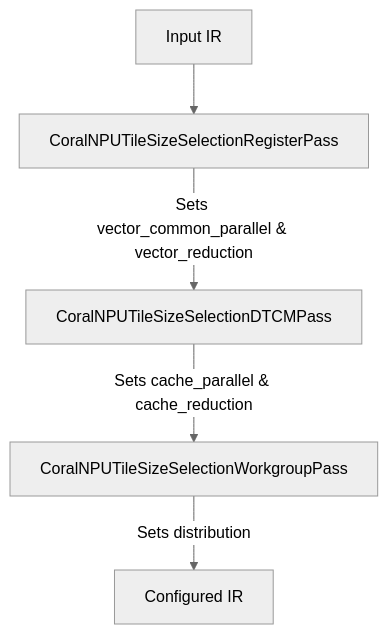
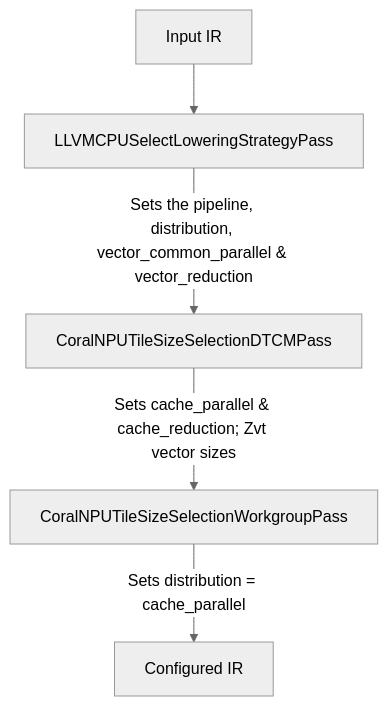
Before and after one commit to google-coral/coralnpu-compiler: the first of 2 diagrams in docs/design/tiling_levels_explained.md, drawn with Mermaid (neutral theme). The commit also changed other lines of this file and 31 other files, not shown here.

First line of the commit message:
[compiler] Tile-size selection after the IREE strategy, DTCM budget

````diff
--- a/docs/design/tiling_levels_explained.md
+++ b/docs/design/tiling_levels_explained.md
@@ -138,7 +141,7 @@
 ```mermaid
 graph TD
-    Input[Input IR] --> RegPass[CoralNPUTileSizeSelectionRegisterPass]
-    RegPass -->|Sets vector_common_parallel & vector_reduction| DTCMPass[CoralNPUTileSizeSelectionDTCMPass]
-    DTCMPass -->|Sets cache_parallel & cache_reduction| WGPass[CoralNPUTileSizeSelectionWorkgroupPass]
-    WGPass -->|Sets distribution| Output[Configured IR]
+    Input[Input IR] --> Strategy[LLVMCPUSelectLoweringStrategyPass]
+    Strategy -->|Sets the pipeline, distribution, vector_common_parallel & vector_reduction| DTCMPass[CoralNPUTileSizeSelectionDTCMPass]
+    DTCMPass -->|Sets cache_parallel & cache_reduction; Zvt vector sizes| WGPass[CoralNPUTileSizeSelectionWorkgroupPass]
+    WGPass -->|Sets distribution = cache_parallel| Output[Configured IR]
 ```
````
